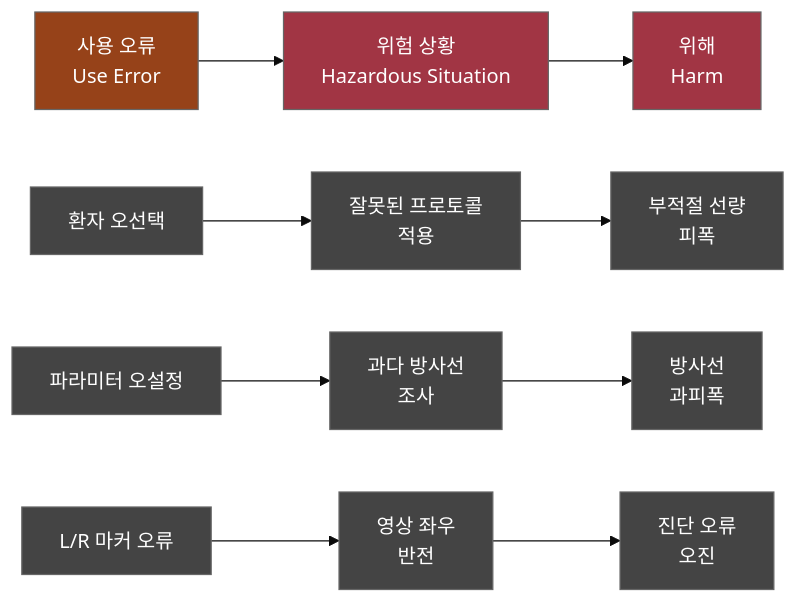
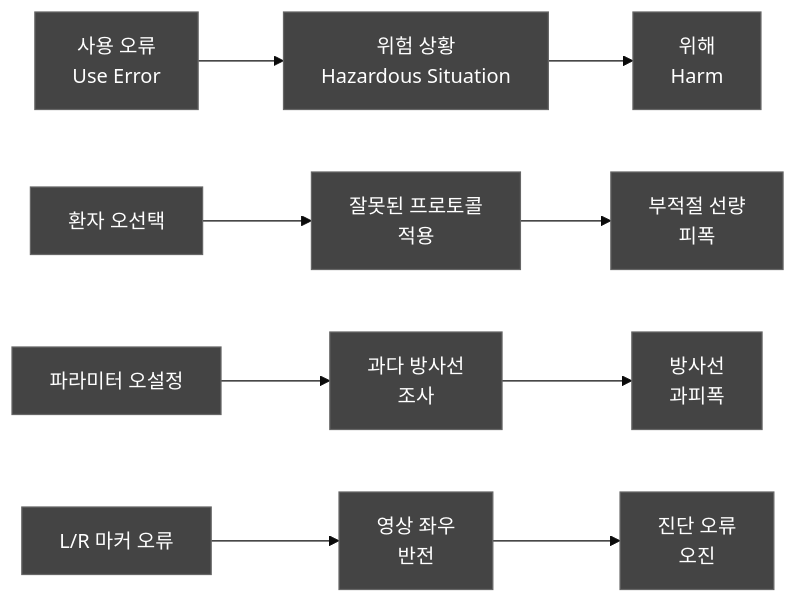
Before and after one commit to holee9/console-gui: the fourth of 8 diagrams in docs/testing/DOC-021_UsabilityFile_v1.0.md, drawn with Mermaid (base theme). The commit also changed other lines of this file and 35 other files, not shown here.

First line of the commit message:
fix: 전체 Mermaid 차트 색상 진한 회색 통일

````diff
--- a/docs/testing/DOC-021_UsabilityFile_v1.0.md
+++ b/docs/testing/DOC-021_UsabilityFile_v1.0.md
@@ -246,19 +246,19 @@
 ```mermaid
 flowchart LR
     classDef default fill:#444,stroke:#666,color:#fff
     UE[사용 오류<br/>Use Error] --> HS[위험 상황<br/>Hazardous Situation]
     HS --> HAR[위해<br/>Harm]
     
     UE1[환자 오선택] --> HS1[잘못된 프로토콜<br/>적용]
     HS1 --> HAR1[부적절 선량<br/>피폭]
     
     UE2[파라미터 오설정] --> HS2[과다 방사선<br/>조사]
     HS2 --> HAR2[방사선<br/>과피폭]
     
     UE3[L/R 마커 오류] --> HS3[영상 좌우<br/>반전]
     HS3 --> HAR3[진단 오류<br/>오진]
     
-    style UE fill:#964219,color:#fff
-    style HS fill:#A13544,color:#fff
-    style HAR fill:#A13544,color:#fff
+    style UE fill:#444,color:#fff
+    style HS fill:#444,color:#fff
+    style HAR fill:#444,color:#fff
 ```
````
